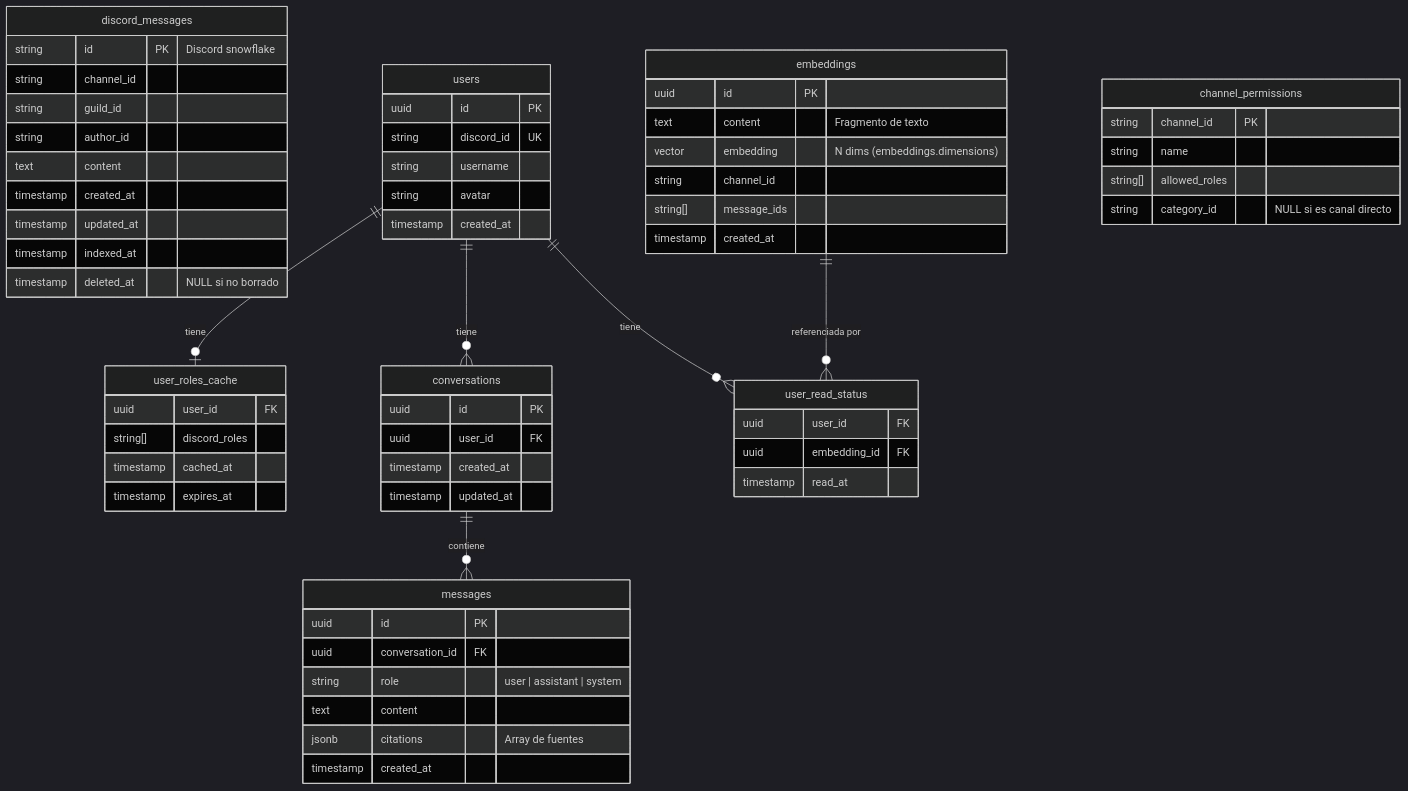
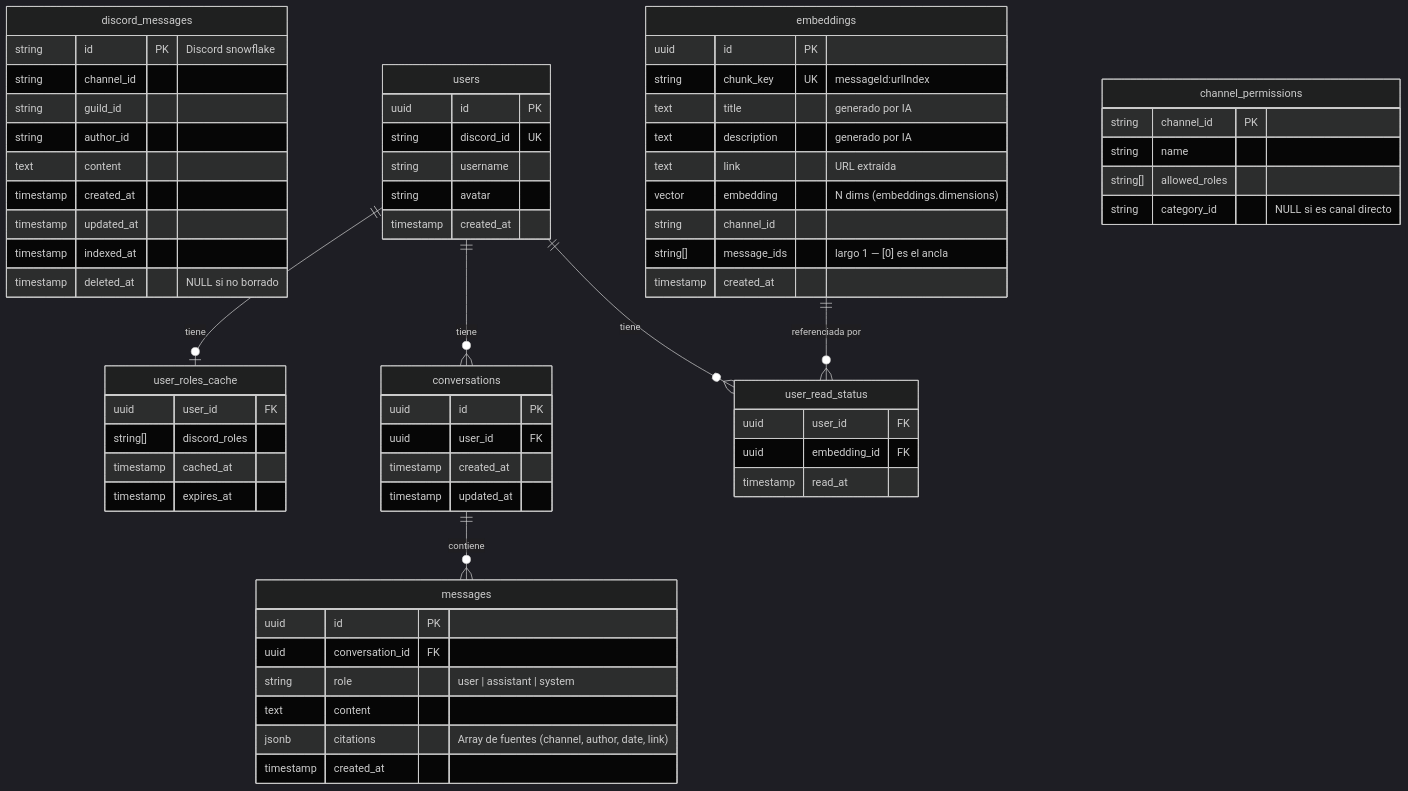
The second of 7 diagrams in docs/context/TECHNICAL-DESIGN.md (borjaberrocal87/hivly), drawn with Mermaid (dark theme) before and after one commit. The commit also changed other lines of this file and 5 other files, not shown here.

````diff
--- a/docs/context/TECHNICAL-DESIGN.md
+++ b/docs/context/TECHNICAL-DESIGN.md
@@ -387,73 +387,76 @@
 ```mermaid
 erDiagram
     discord_messages {
         string id PK "Discord snowflake"
         string channel_id
         string guild_id
         string author_id
         text content
         timestamp created_at
         timestamp updated_at
         timestamp indexed_at
         timestamp deleted_at "NULL si no borrado"
     }
 
     embeddings {
         uuid id PK
-        text content "Fragmento de texto"
+        string chunk_key UK "messageId:urlIndex"
+        text title "generado por IA"
+        text description "generado por IA"
+        text link "URL extraída"
         vector embedding "N dims (embeddings.dimensions)"
         string channel_id
-        string[] message_ids
+        string[] message_ids "largo 1 — [0] es el ancla"
         timestamp created_at
     }
 
     users {
         uuid id PK
         string discord_id UK
         string username
         string avatar
         timestamp created_at
     }
 
     user_roles_cache {
         uuid user_id FK
         string[] discord_roles
         timestamp cached_at
         timestamp expires_at
     }
 
     channel_permissions {
         string channel_id PK
         string name
         string[] allowed_roles
         string category_id "NULL si es canal directo"
     }
 
     conversations {
         uuid id PK
         uuid user_id FK
         timestamp created_at
         timestamp updated_at
     }
 
     messages {
         uuid id PK
         uuid conversation_id FK
         string role "user | assistant | system"
         text content
-        jsonb citations "Array de fuentes"
+        jsonb citations "Array de fuentes (channel, author, date, link)"
         timestamp created_at
     }
 
     user_read_status {
         uuid user_id FK
         uuid embedding_id FK
         timestamp read_at
     }
 
     users ||--o{ conversations : "tiene"
     conversations ||--o{ messages : "contiene"
     users ||--o{ user_read_status : "tiene"
     embeddings ||--o{ user_read_status : "referenciada por"
     users ||--o| user_roles_cache : "tiene"
 ```
````
